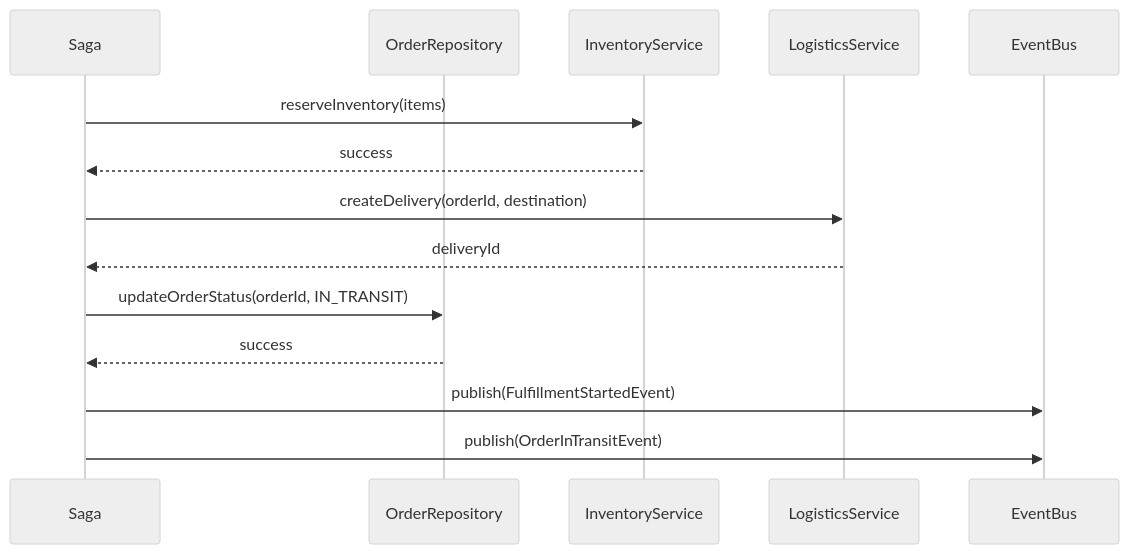
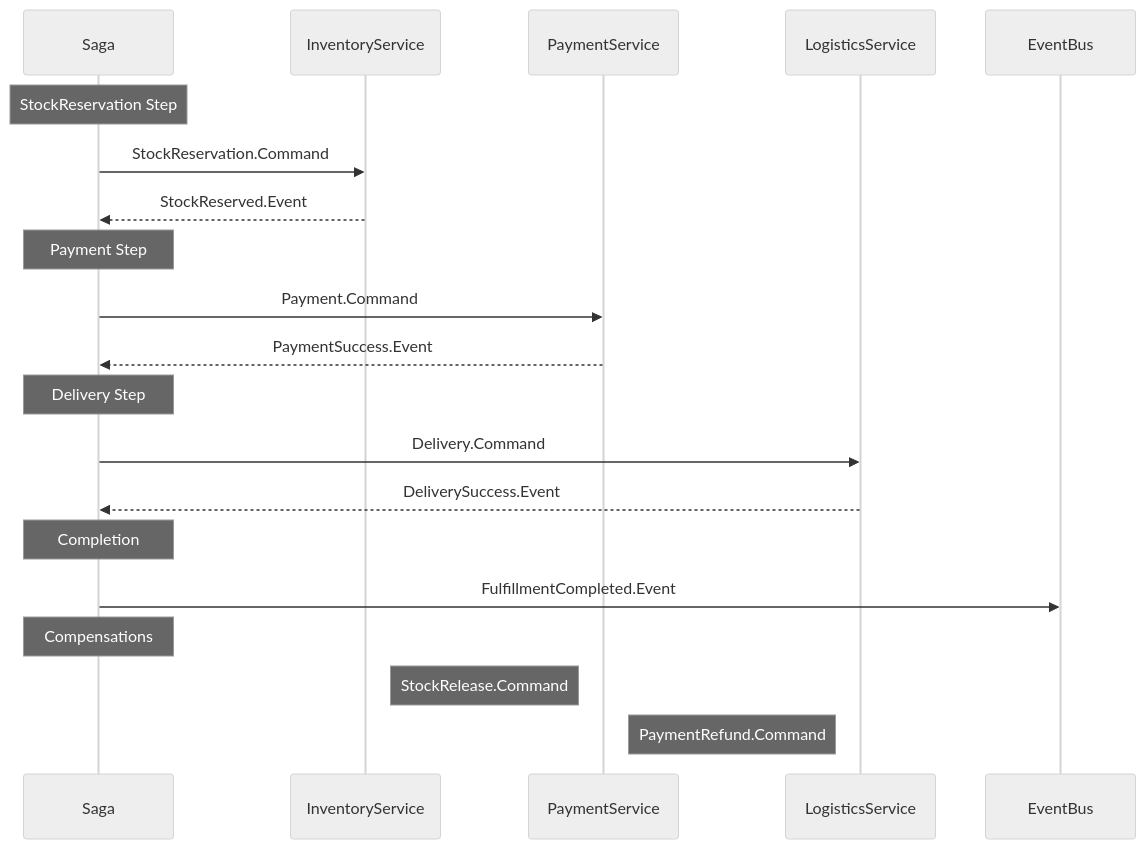
The diagram in services/order-service/docs/modeling/sequence/order-fulfillment-saga.mmd (maysar-014/maysar-express-backend), drawn with Mermaid (neutral theme) before and after one commit. The commit also changed 152 other files, not shown here.

```diff
--- a/services/order-service/docs/modeling/sequence/order-fulfillment-saga.mmd
+++ b/services/order-service/docs/modeling/sequence/order-fulfillment-saga.mmd
@@ -1,18 +1,25 @@
 sequenceDiagram
     participant Saga
-    participant OR as OrderRepository
     participant IS as InventoryService
+    participant PS as PaymentService
     participant LS as LogisticsService
     participant EB as EventBus
 
-    Saga->>IS: reserveInventory(items)
-    IS-->>Saga: success
+    Note over Saga: StockReservation Step
+    Saga->>IS: StockReservation.Command
+    IS-->>Saga: StockReserved.Event
     
-    Saga->>LS: createDelivery(orderId, destination)
-    LS-->>Saga: deliveryId
+    Note over Saga: Payment Step
+    Saga->>PS: Payment.Command
+    PS-->>Saga: PaymentSuccess.Event
     
-    Saga->>OR: updateOrderStatus(orderId, IN_TRANSIT)
-    OR-->>Saga: success
+    Note over Saga: Delivery Step
+    Saga->>LS: Delivery.Command
+    LS-->>Saga: DeliverySuccess.Event
     
-    Saga->>EB: publish(FulfillmentStartedEvent)
-    Saga->>EB: publish(OrderInTransitEvent)
+    Note over Saga: Completion
+    Saga->>EB: FulfillmentCompleted.Event
+
+    Note over Saga: Compensations
+    Note right of IS: StockRelease.Command
+    Note right of PS: PaymentRefund.Command
```
